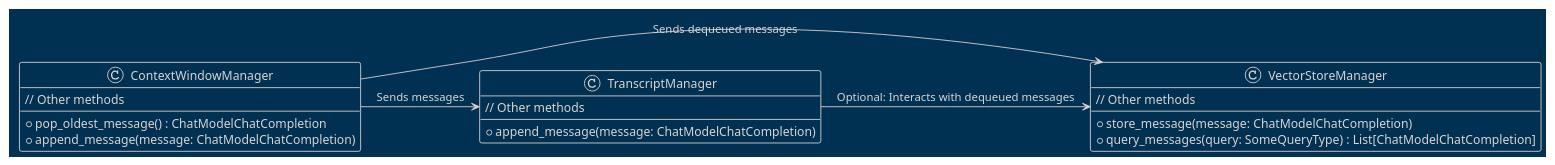
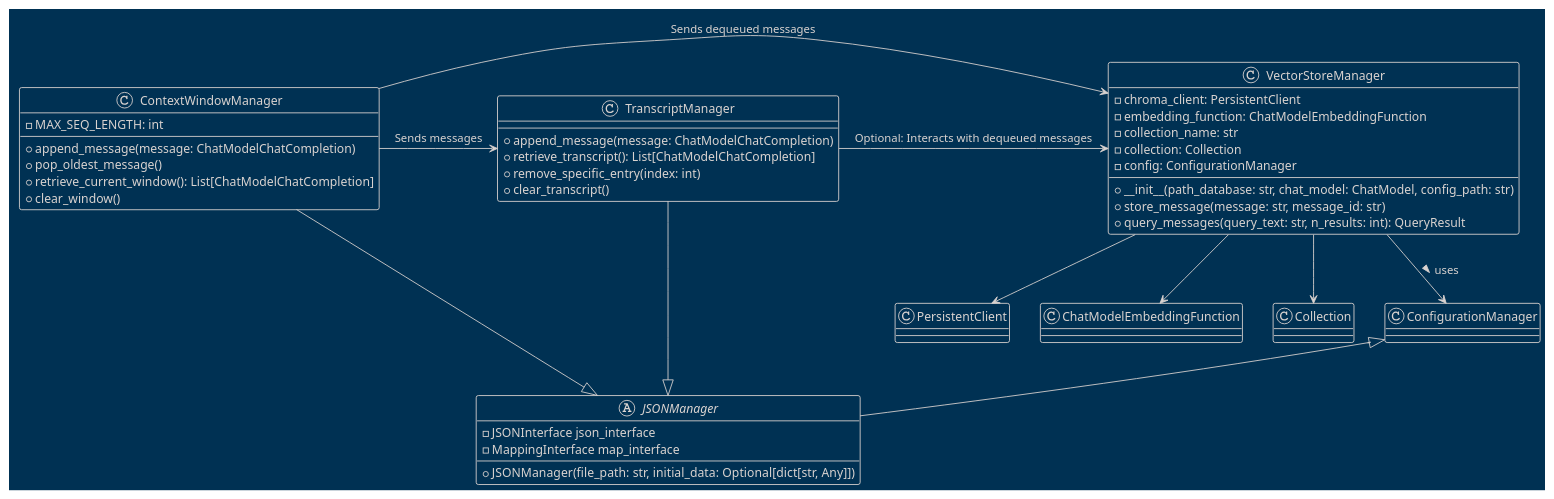
Before and after one commit to teleprint-me/py.gpt.prompt: the diagram in docs/diagrams/plantuml/vector_store_manager.puml, drawn with PlantUML.

Commit message:
refactor: Add vector store details to outline

```diff
--- a/docs/diagrams/plantuml/vector_store_manager.puml
+++ b/docs/diagrams/plantuml/vector_store_manager.puml
@@ -1,25 +1,46 @@
-@startuml
+@startuml VectorStoreManager
 !theme blueprint
 
-class ContextWindowManager {
-    + pop_oldest_message() : ChatModelChatCompletion
-    + append_message(message: ChatModelChatCompletion)
-    // Other methods
+abstract class JSONManager {
+    - JSONInterface json_interface
+    - MappingInterface map_interface
+    + JSONManager(file_path: str, initial_data: Optional[dict[str, Any]])
 }
 
-class TranscriptManager {
+class ContextWindowManager extends JSONManager {
+    - MAX_SEQ_LENGTH: int
     + append_message(message: ChatModelChatCompletion)
-    // Other methods
+    + pop_oldest_message()
+    + retrieve_current_window(): List[ChatModelChatCompletion]
+    + clear_window()
+}
+
+class TranscriptManager extends JSONManager {
+    + append_message(message: ChatModelChatCompletion)
+    + retrieve_transcript(): List[ChatModelChatCompletion]
+    + remove_specific_entry(index: int)
+    + clear_transcript()
 }
 
 class VectorStoreManager {
-    + store_message(message: ChatModelChatCompletion)
-    + query_messages(query: SomeQueryType) : List[ChatModelChatCompletion]
-    // Other methods
+    - chroma_client: PersistentClient
+    - embedding_function: ChatModelEmbeddingFunction
+    - collection_name: str
+    - collection: Collection
+    - config: ConfigurationManager
+    + __init__(path_database: str, chat_model: ChatModel, config_path: str)
+    + store_message(message: str, message_id: str)
+    + query_messages(query_text: str, n_results: int): QueryResult
 }
 
+VectorStoreManager --> PersistentClient
+VectorStoreManager --> ChatModelEmbeddingFunction
+VectorStoreManager --> Collection
+VectorStoreManager --> ConfigurationManager : uses >
+
+ConfigurationManager <|-- JSONManager
 ContextWindowManager -> TranscriptManager : Sends messages
 ContextWindowManager -> VectorStoreManager : Sends dequeued messages
 TranscriptManager -> VectorStoreManager : Optional: Interacts with dequeued messages
 
 @enduml
```
